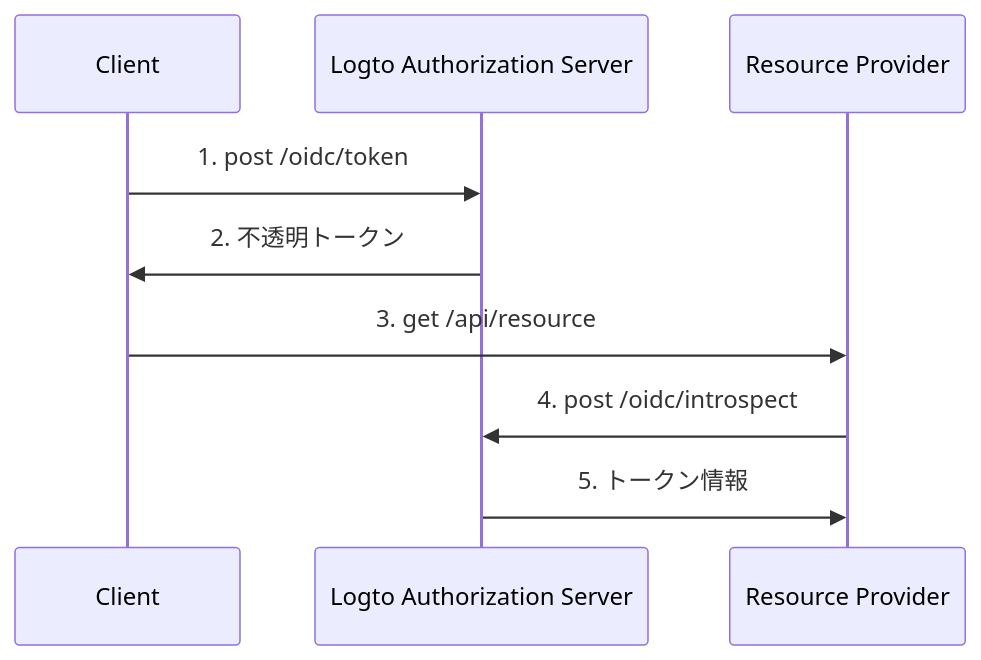
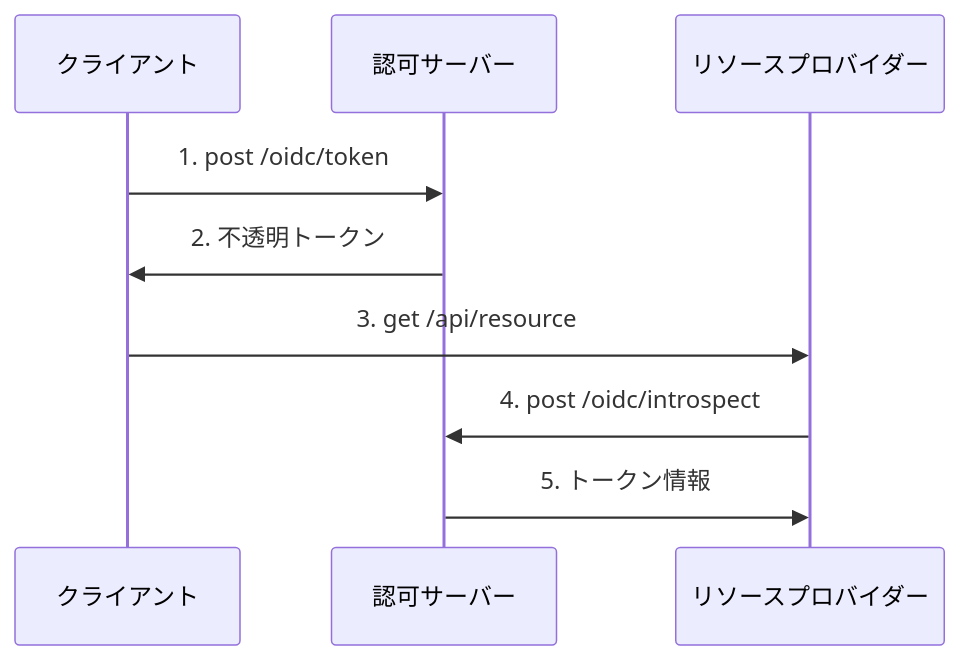
Before and after one commit to logto-io/auth-wiki: the first of 2 diagrams in src/content/terms/ja/opaque-token.mdx, drawn with Mermaid. The commit also changed other lines of this file and 98 other files, not shown here.

````diff
--- a/src/content/terms/ja/opaque-token.mdx
+++ b/src/content/terms/ja/opaque-token.mdx
@@ -49,13 +49,13 @@
 ```mermaid
 sequenceDiagram
-    participant C as Client
-    participant AS as Logto Authorization Server
-    participant RP as Resource Provider
+    participant C as クライアント
+    participant AS as 認可サーバー
+    participant RP as リソースプロバイダー
 
     C ->> AS: 1. post /oidc/token
     AS ->> C: 2. 不透明トークン
     C ->> RP: 3. get /api/resource
     RP ->> AS: 4. post /oidc/introspect
     AS ->> RP: 5. トークン情報
 
 ```
````
